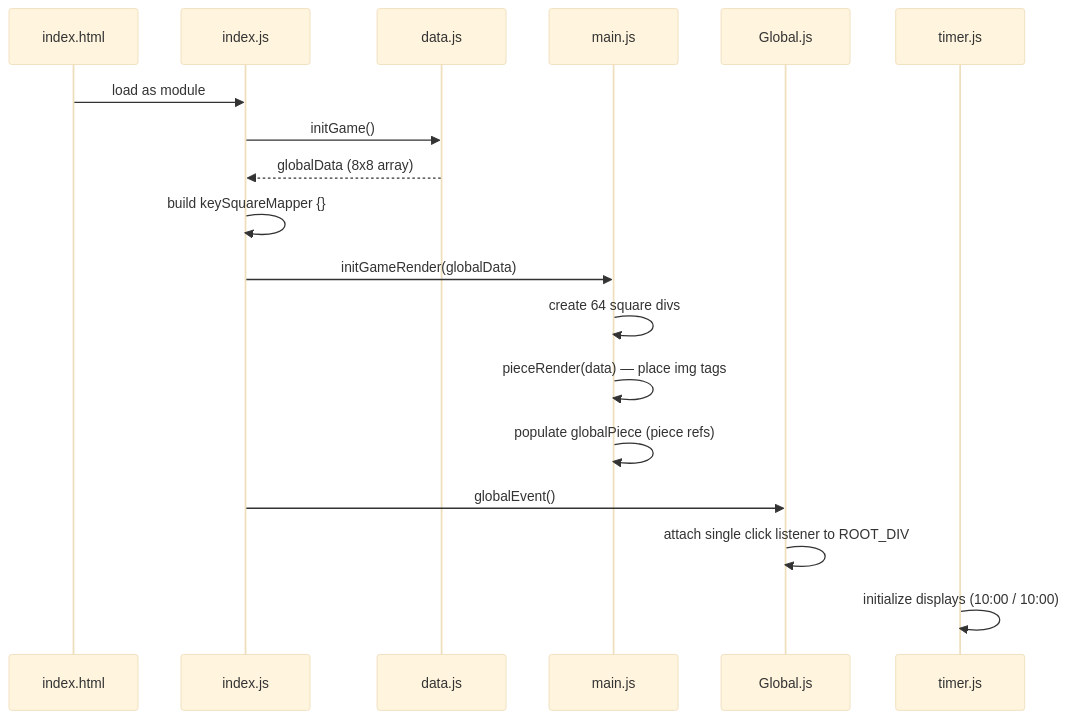
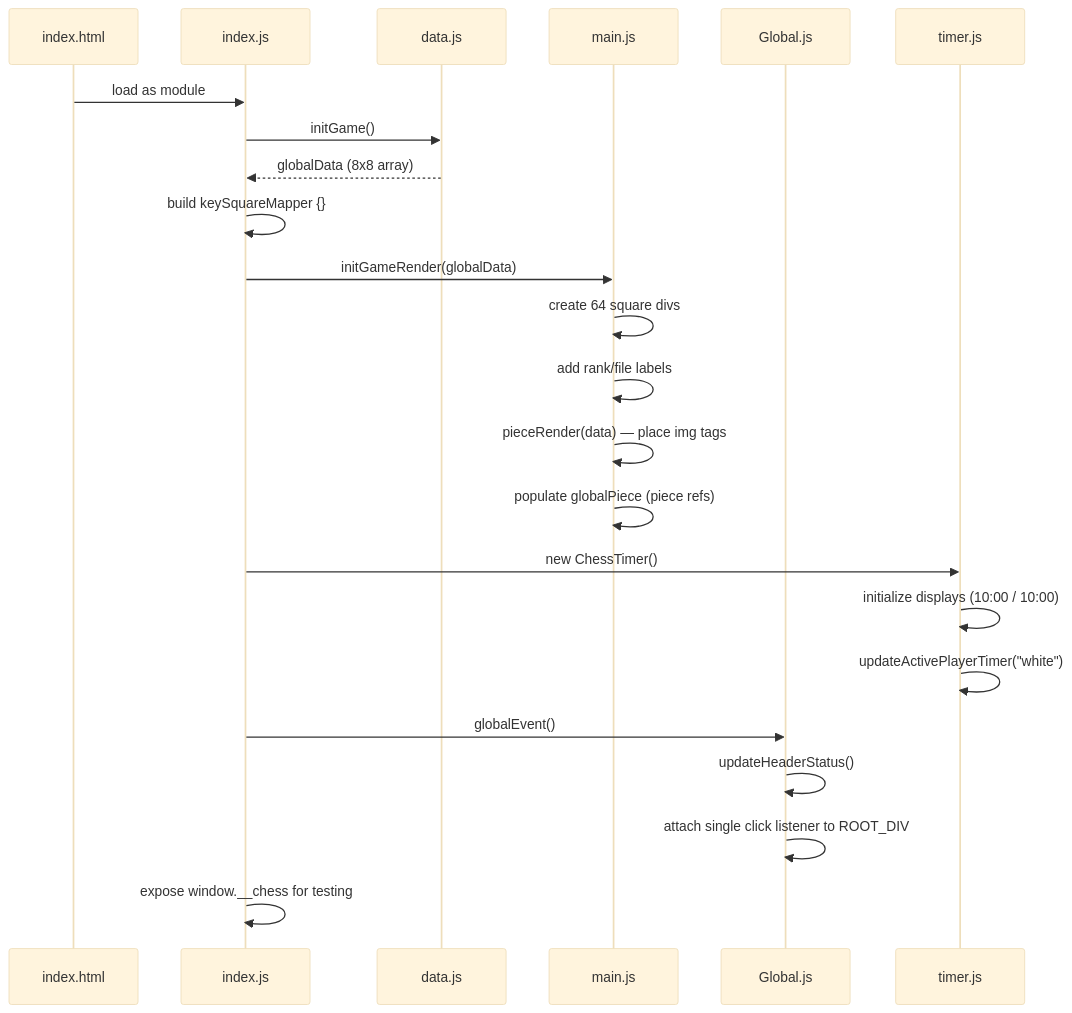
Before and after one commit to sharmaa-abhi/ChessCode: the second of 10 diagrams in docs/Architecture.md, drawn with Mermaid (base theme). The commit also changed other lines of this file and 2 other files, not shown here.

Commit message:
docs: add architecture documentation and update project status in README

````diff
--- a/docs/Architecture.md
+++ b/docs/Architecture.md
@@ -97,21 +103,26 @@
 ```mermaid
 sequenceDiagram
     participant HTML as index.html
     participant JS as index.js
     participant Data as data.js
     participant Render as main.js
     participant Event as Global.js
     participant Timer as timer.js
 
     HTML->>JS: load as module
     JS->>Data: initGame()
     Data-->>JS: globalData (8x8 array)
     JS->>JS: build keySquareMapper {}
     JS->>Render: initGameRender(globalData)
     Render->>Render: create 64 square divs
+    Render->>Render: add rank/file labels
     Render->>Render: pieceRender(data) — place img tags
     Render->>Render: populate globalPiece (piece refs)
+    JS->>Timer: new ChessTimer()
+    Timer->>Timer: initialize displays (10:00 / 10:00)
+    Timer->>Timer: updateActivePlayerTimer("white")
     JS->>Event: globalEvent()
+    Event->>Event: updateHeaderStatus()
     Event->>Event: attach single click listener to ROOT_DIV
-    Timer->>Timer: initialize displays (10:00 / 10:00)
+    JS->>JS: expose window.__chess for testing
 ```
````
